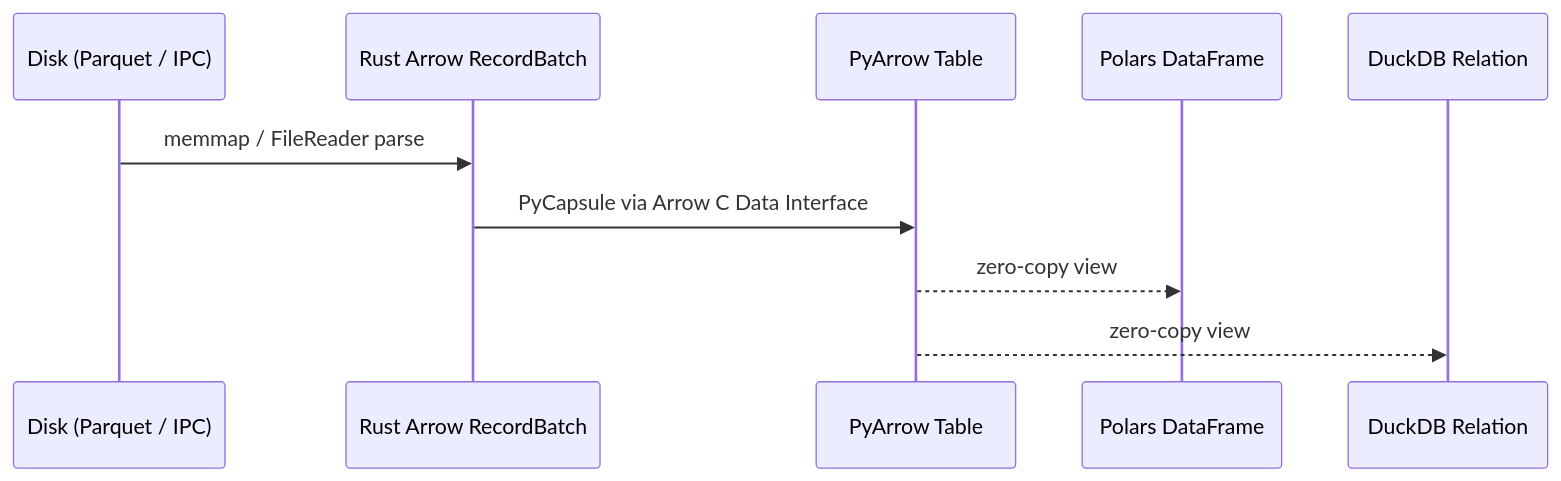
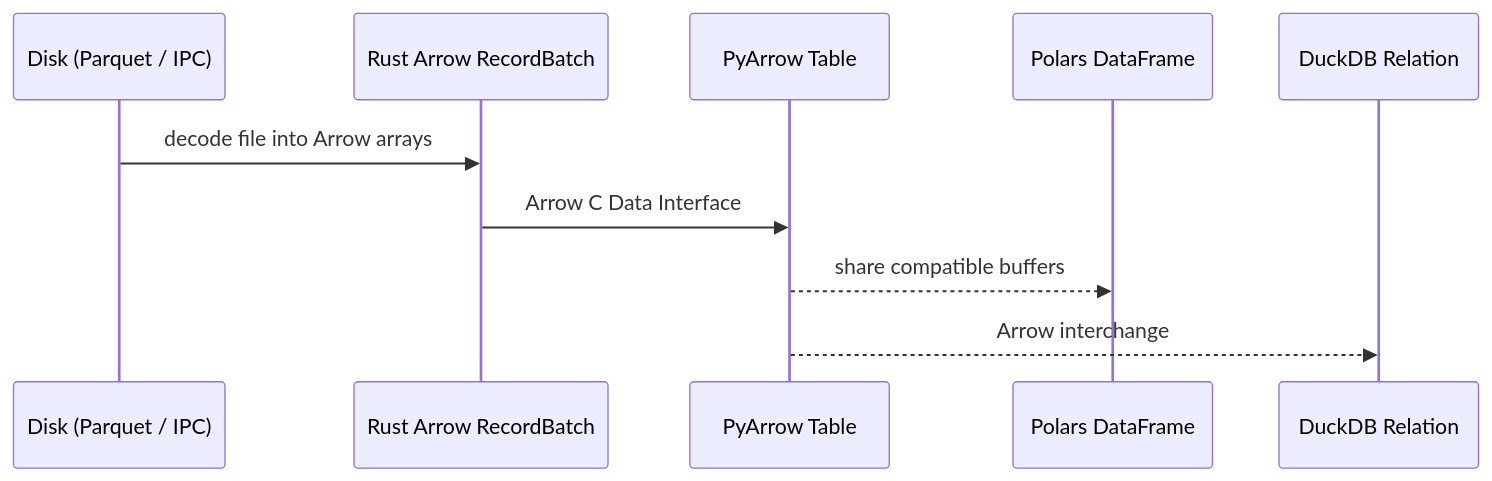
Before and after one commit to VanDung-dev/basaltic-red: the diagram in docs/en/getting-started/concepts.md, drawn with Mermaid. The commit also changed other lines of this file and 33 other files, not shown here.

First line of the commit message:
docs(architecture): refine descriptions of DataFusion readers and Lake Map options

````diff
--- a/docs/en/getting-started/concepts.md
+++ b/docs/en/getting-started/concepts.md
@@ -17,13 +17,13 @@
 ```mermaid
 sequenceDiagram
     participant D as Disk (Parquet / IPC)
     participant R as Rust Arrow RecordBatch
     participant A as PyArrow Table
     participant PL as Polars DataFrame
     participant DB as DuckDB Relation
 
-    D->>R: memmap / FileReader parse
-    R->>A: PyCapsule via Arrow C Data Interface
-    A-->>PL: zero-copy view
-    A-->>DB: zero-copy view
+    D->>R: decode file into Arrow arrays
+    R->>A: Arrow C Data Interface
+    A-->>PL: share compatible buffers
+    A-->>DB: Arrow interchange
 ```
````
